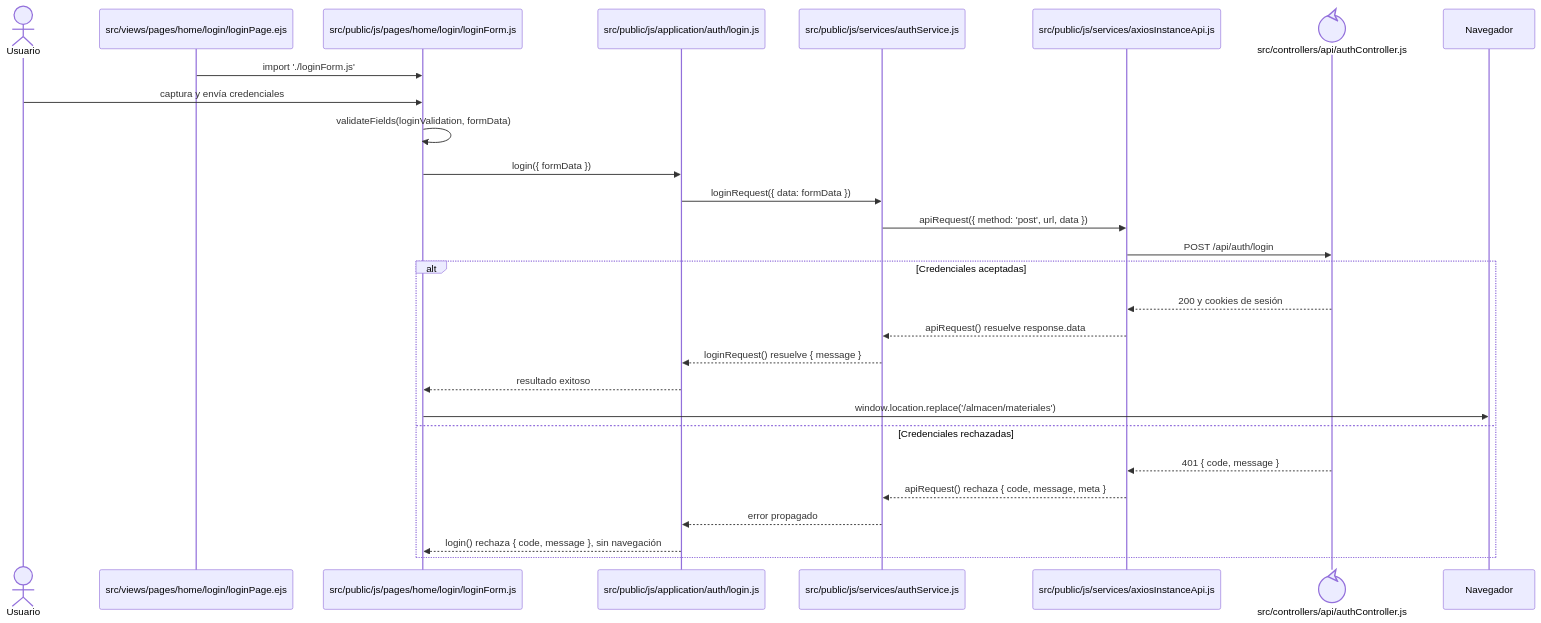
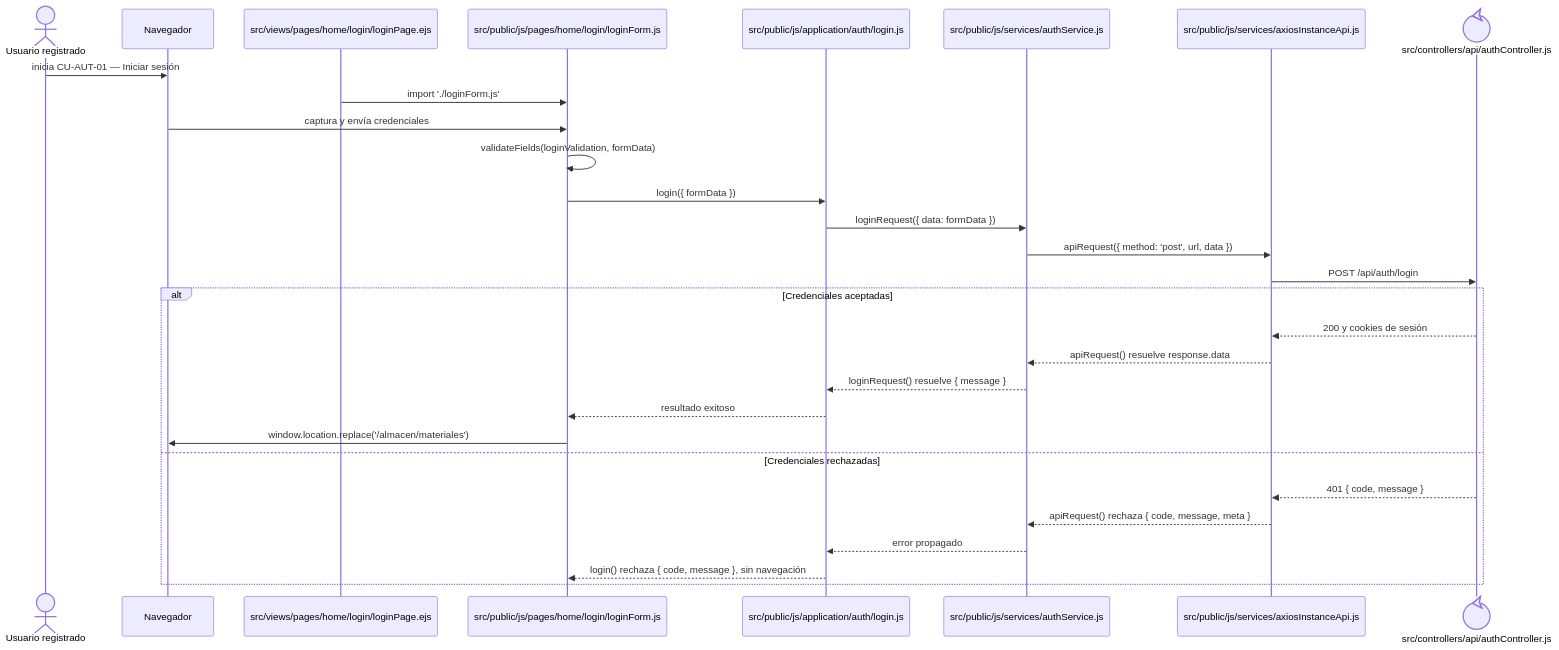
The diagram in docs/architecture/frontend-code-sequences/authentication/cu-aut-01.md (gpgsistemas01/nexus), drawn with Mermaid before and after one commit. The commit also changed 105 other files, not shown here.

````diff
--- a/docs/architecture/frontend-code-sequences/authentication/cu-aut-01.md
+++ b/docs/architecture/frontend-code-sequences/authentication/cu-aut-01.md
@@ -6,31 +6,33 @@
 ```mermaid
 sequenceDiagram
-    actor User as Usuario
+    actor Initiator as Usuario registrado
+    participant Browser as Navegador
     participant EJS as src/views/pages/home/login/loginPage.ejs
     participant Form as src/public/js/pages/home/login/loginForm.js
     participant App as src/public/js/application/auth/login.js
     participant Request as src/public/js/services/authService.js
     participant HTTP as src/public/js/services/axiosInstanceApi.js
     participant API@{ "type": "control" } as src/controllers/api/authController.js
     participant Browser as Navegador
 
+    Initiator->>Browser: inicia CU-AUT-01 — Iniciar sesión
     EJS->>Form: import './loginForm.js'
-    User->>Form: captura y envía credenciales
+    Browser->>Form: captura y envía credenciales
     Form->>Form: validateFields(loginValidation, formData)
     Form->>App: login({ formData })
     App->>Request: loginRequest({ data: formData })
     Request->>HTTP: apiRequest({ method: 'post', url, data })
     HTTP->>API: POST /api/auth/login
     alt Credenciales aceptadas
         API-->>HTTP: 200 y cookies de sesión
         HTTP-->>Request: apiRequest() resuelve response.data
         Request-->>App: loginRequest() resuelve { message }
         App-->>Form: resultado exitoso
         Form->>Browser: window.location.replace('/almacen/materiales')
     else Credenciales rechazadas
         API-->>HTTP: 401 { code, message }
         HTTP-->>Request: apiRequest() rechaza { code, message, meta }
         Request-->>App: error propagado
         App-->>Form: login() rechaza { code, message }, sin navegación
     end
 ```
````
